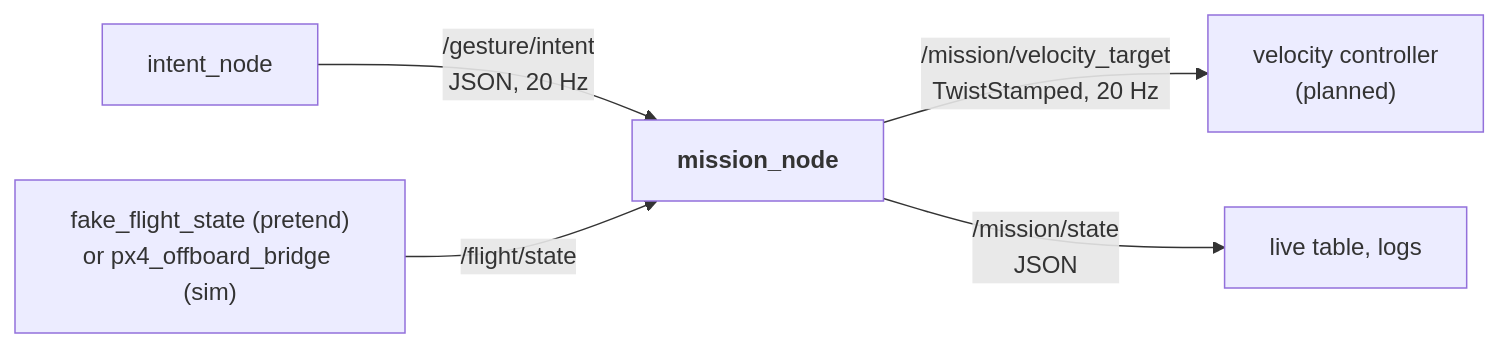
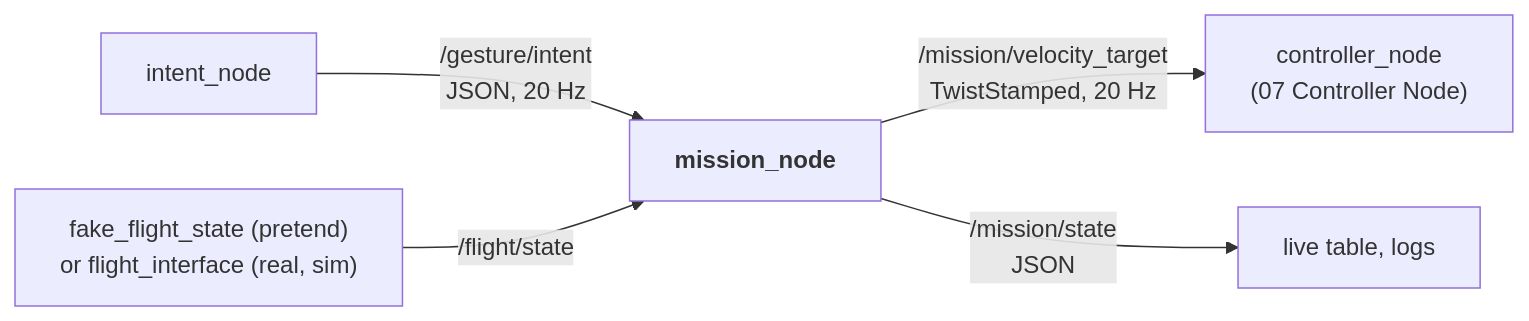
One commit to SEAME-pt/SEA-ME_Team1_ROSRangers changed the first of 2 diagrams in docs/PraticalPlan/06 Gestures/04 Mission Node.md. Above: the diagram before and after it, drawn with Mermaid. The commit also changed other lines of this file and 105 other files, not shown here.

First line of the commit message:
Cascade controller in PX4 SITL behind flight_interface (#199) (#253)

````diff
--- a/docs/PraticalPlan/06 Gestures/04 Mission Node.md
+++ b/docs/PraticalPlan/06 Gestures/04 Mission Node.md
@@ -33,7 +33,7 @@
 ```mermaid
 flowchart LR
   GN[intent_node] -->|"/gesture/intent<br/>JSON, 20 Hz"| M["<b>mission_node</b>"]
-  FFS["fake_flight_state (pretend)<br/>or px4_offboard_bridge (sim)"] -->|"/flight/state"| M
-  M -->|"/mission/velocity_target<br/>TwistStamped, 20 Hz"| C["velocity controller<br/>(planned)"]
+  FFS["fake_flight_state (pretend)<br/>or flight_interface (real, sim)"] -->|"/flight/state"| M
+  M -->|"/mission/velocity_target<br/>TwistStamped, 20 Hz"| C["controller_node<br/>(07 Controller Node)"]
   M -->|"/mission/state<br/>JSON"| LOG["live table, logs"]
 ```
````
